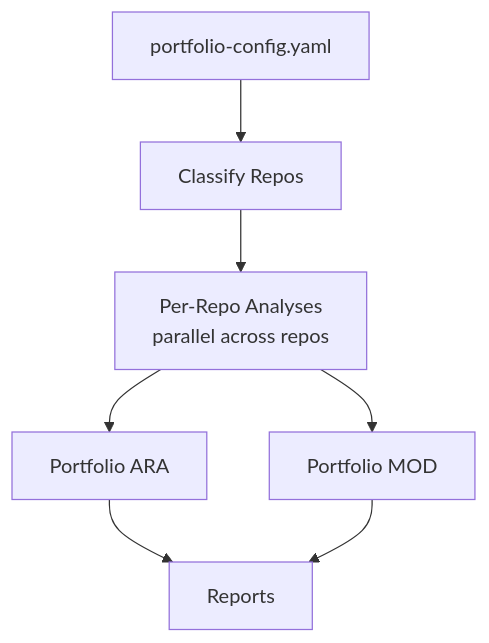
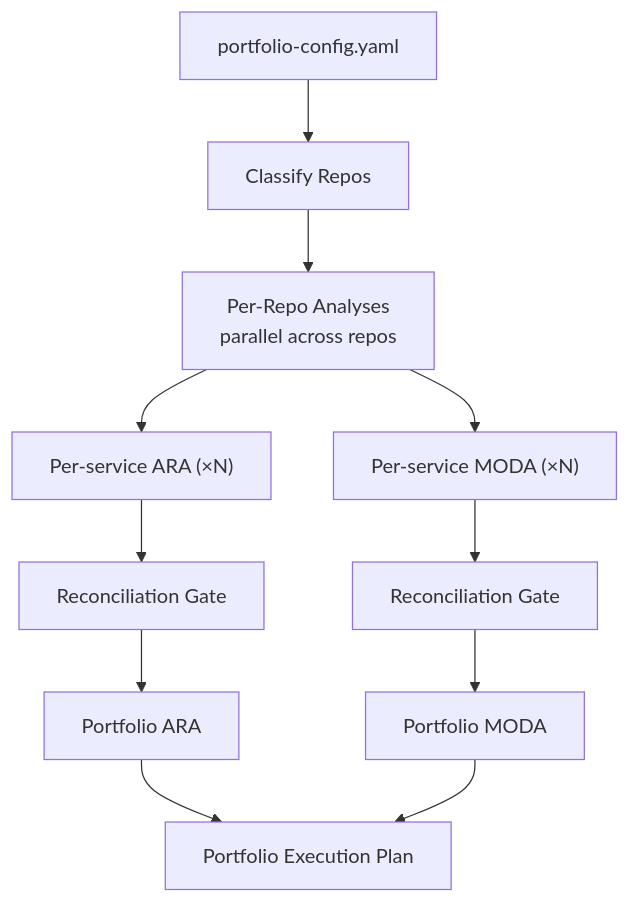
One commit to aws-samples/sample-agentic-readiness-analysis-orchestrator changed the first of 4 diagrams in README.md. Above: the diagram before and after it, drawn with Mermaid. The commit also changed other lines of this file, not shown here.

Commit message:
docs: improve README Step 3 with full config example and update architecture diagram

````diff
--- a/README.md
+++ b/README.md
@@ -32,9 +32,17 @@
 ```mermaid
 flowchart TB
     CONFIG[portfolio-config.yaml] --> CLASSIFY[Classify Repos]
     CLASSIFY --> PARALLEL[Per-Repo Analyses<br/>parallel across repos]
-    PARALLEL --> PORT_ARA[Portfolio ARA]
-    PARALLEL --> PORT_MOD[Portfolio MOD]
-    PORT_ARA --> REPORTS[Reports]
-    PORT_MOD --> REPORTS
+
+    PARALLEL --> ARA_N["Per-service ARA (×N)"]
+    PARALLEL --> MOD_N["Per-service MODA (×N)"]
+
+    ARA_N --> GATE_ARA[Reconciliation Gate]
+    MOD_N --> GATE_MOD[Reconciliation Gate]
+
+    GATE_ARA --> PORT_ARA[Portfolio ARA]
+    GATE_MOD --> PORT_MOD[Portfolio MODA]
+
+    PORT_ARA --> EXEC[Portfolio Execution Plan]
+    PORT_MOD --> EXEC
 ```
````
